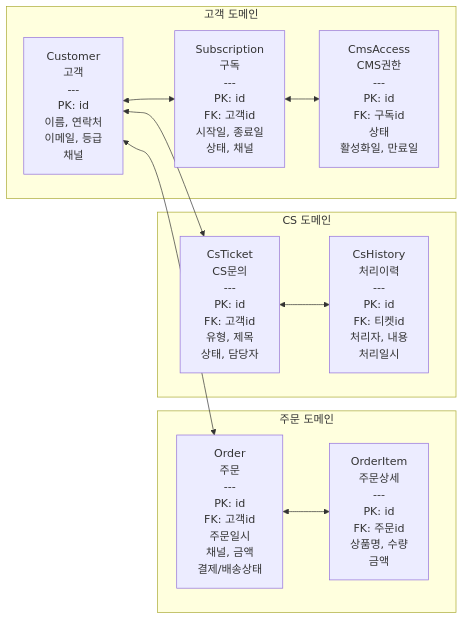
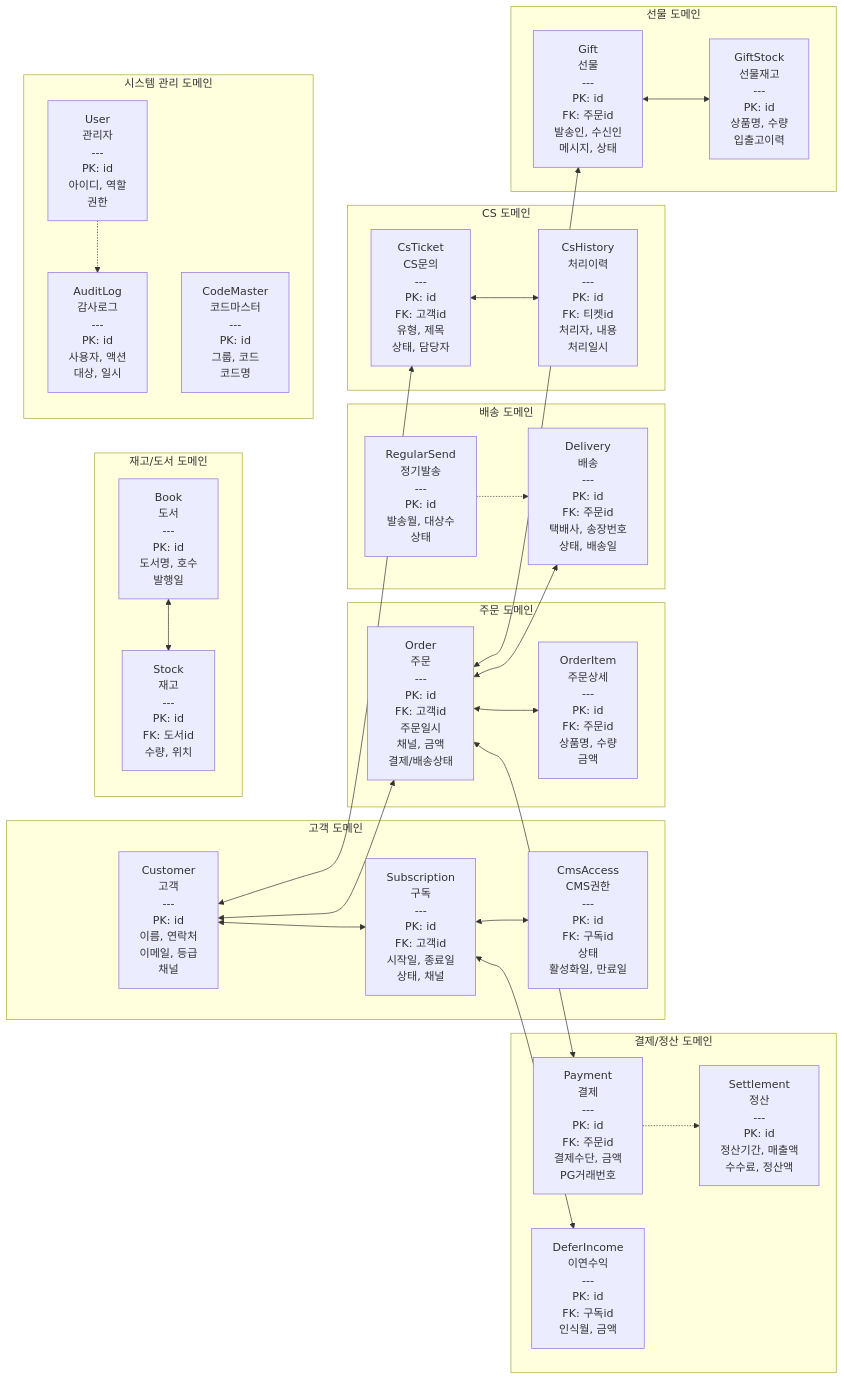
One commit to sknkwoxs/manual-book changed the second of 5 diagrams in src/content/docs/goodthinking-isp/04-design/data-integration.md. Above: the diagram before and after it, drawn with Mermaid. The commit also changed other lines of this file and 6 other files, not shown here.

````diff
--- a/src/content/docs/goodthinking-isp/04-design/data-integration.md
+++ b/src/content/docs/goodthinking-isp/04-design/data-integration.md
@@ -50,25 +58,61 @@
 ```mermaid
 graph LR
     subgraph Customer_Domain["고객 도메인"]
         Customer["Customer<br/>고객<br/>---<br/>PK: id<br/>이름, 연락처<br/>이메일, 등급<br/>채널"]
         Subscription["Subscription<br/>구독<br/>---<br/>PK: id<br/>FK: 고객id<br/>시작일, 종료일<br/>상태, 채널"]
         CmsAccess["CmsAccess<br/>CMS권한<br/>---<br/>PK: id<br/>FK: 구독id<br/>상태<br/>활성화일, 만료일"]
     end
     
     subgraph Order_Domain["주문 도메인"]
         Order["Order<br/>주문<br/>---<br/>PK: id<br/>FK: 고객id<br/>주문일시<br/>채널, 금액<br/>결제/배송상태"]
         OrderItem["OrderItem<br/>주문상세<br/>---<br/>PK: id<br/>FK: 주문id<br/>상품명, 수량<br/>금액"]
     end
     
+    subgraph Delivery_Domain["배송 도메인"]
+        Delivery["Delivery<br/>배송<br/>---<br/>PK: id<br/>FK: 주문id<br/>택배사, 송장번호<br/>상태, 배송일"]
+        RegularSend["RegularSend<br/>정기발송<br/>---<br/>PK: id<br/>발송월, 대상수<br/>상태"]
+    end
+    
+    subgraph Payment_Domain["결제/정산 도메인"]
+        Payment["Payment<br/>결제<br/>---<br/>PK: id<br/>FK: 주문id<br/>결제수단, 금액<br/>PG거래번호"]
+        Settlement["Settlement<br/>정산<br/>---<br/>PK: id<br/>정산기간, 매출액<br/>수수료, 정산액"]
+        DeferIncome["DeferIncome<br/>이연수익<br/>---<br/>PK: id<br/>FK: 구독id<br/>인식월, 금액"]
+    end
+    
     subgraph CS_Domain["CS 도메인"]
         CsTicket["CsTicket<br/>CS문의<br/>---<br/>PK: id<br/>FK: 고객id<br/>유형, 제목<br/>상태, 담당자"]
         CsHistory["CsHistory<br/>처리이력<br/>---<br/>PK: id<br/>FK: 티켓id<br/>처리자, 내용<br/>처리일시"]
     end
     
+    subgraph Gift_Domain["선물 도메인"]
+        Gift["Gift<br/>선물<br/>---<br/>PK: id<br/>FK: 주문id<br/>발송인, 수신인<br/>메시지, 상태"]
+        GiftStock["GiftStock<br/>선물재고<br/>---<br/>PK: id<br/>상품명, 수량<br/>입출고이력"]
+    end
+    
+    subgraph Inventory_Domain["재고/도서 도메인"]
+        Book["Book<br/>도서<br/>---<br/>PK: id<br/>도서명, 호수<br/>발행일"]
+        Stock["Stock<br/>재고<br/>---<br/>PK: id<br/>FK: 도서id<br/>수량, 위치"]
+    end
+    
+    subgraph System_Domain["시스템 관리 도메인"]
+        User["User<br/>관리자<br/>---<br/>PK: id<br/>아이디, 역할<br/>권한"]
+        AuditLog["AuditLog<br/>감사로그<br/>---<br/>PK: id<br/>사용자, 액션<br/>대상, 일시"]
+        CodeMaster["CodeMaster<br/>코드마스터<br/>---<br/>PK: id<br/>그룹, 코드<br/>코드명"]
+    end
+    
     Customer <--> Subscription
     Subscription <--> CmsAccess
+    Subscription <--> DeferIncome
     Customer <--> Order
     Order <--> OrderItem
+    Order <--> Payment
+    Order <--> Delivery
+    Order <--> Gift
     Customer <--> CsTicket
     CsTicket <--> CsHistory
+    Gift <--> GiftStock
+    Book <--> Stock
+    RegularSend -.-> Delivery
+    Payment -.-> Settlement
+    User -.-> AuditLog
 ```
````
